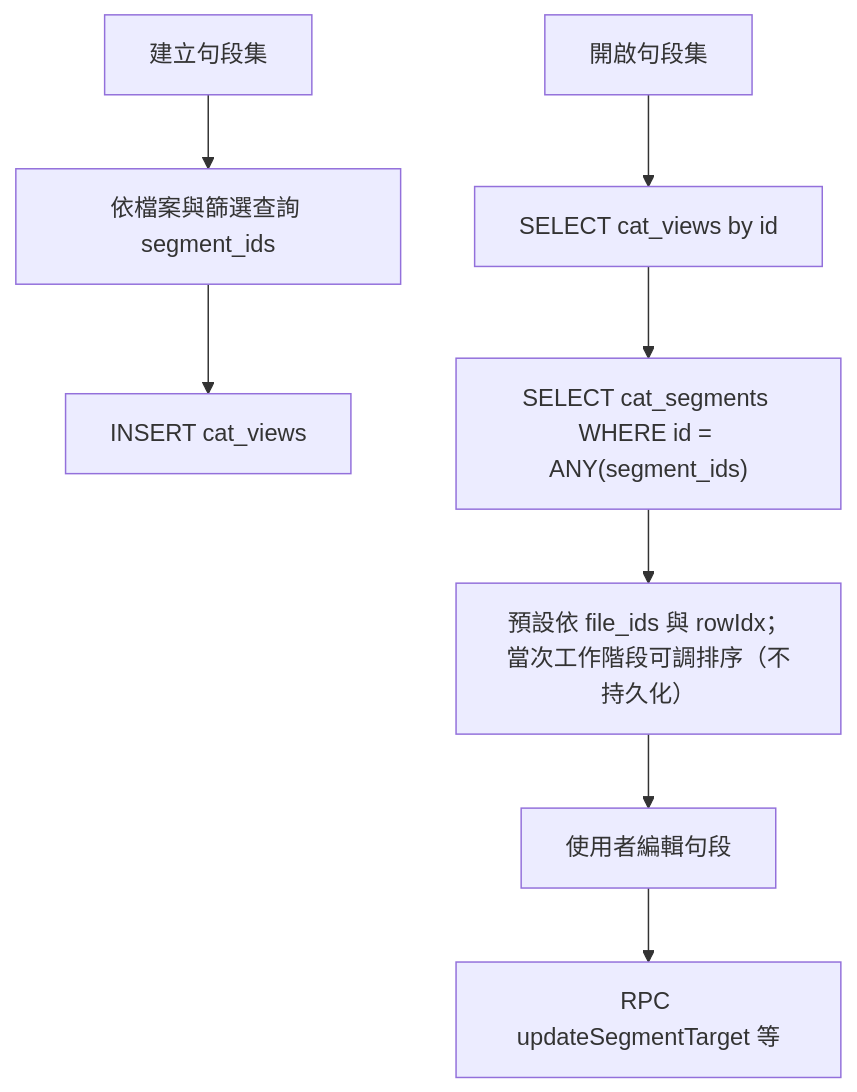
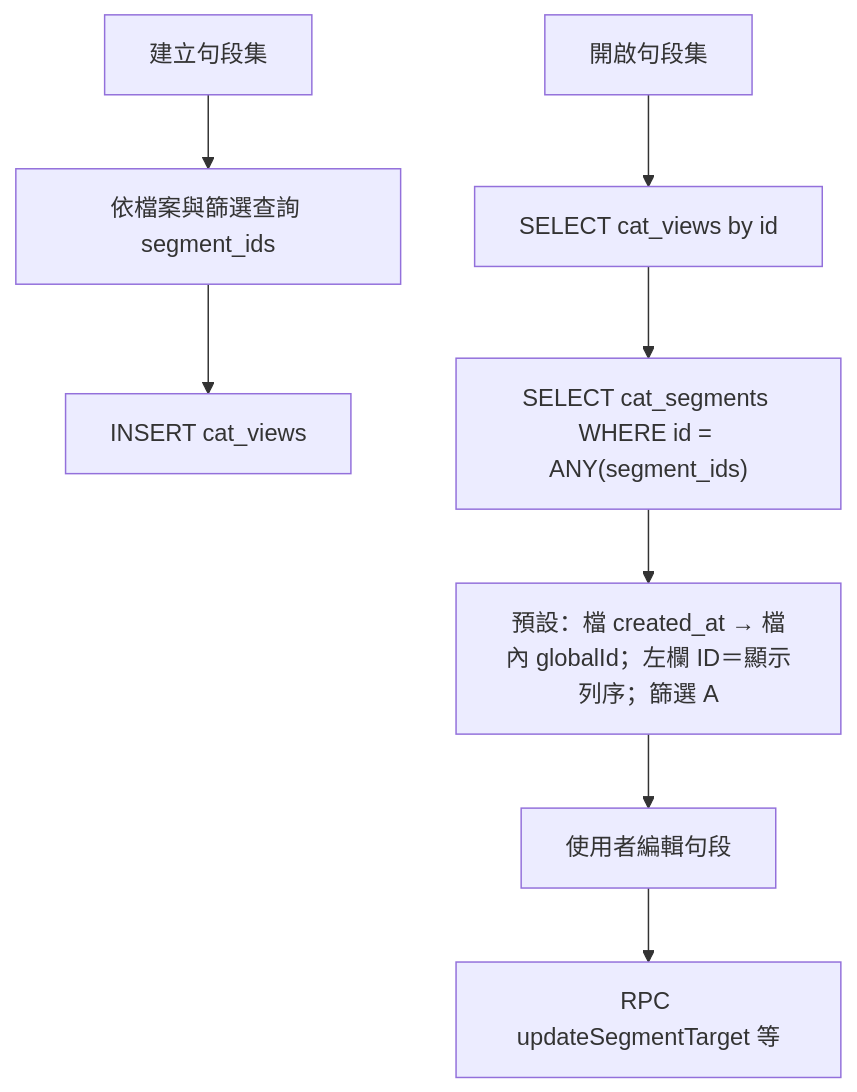
One commit to kratoswrathful-wy/talk-hanzi-joy changed the first of 2 diagrams in docs/CAT_VIEW_SPEC.md. Above: the diagram before and after it, drawn with Mermaid. The commit also changed other lines of this file and 7 other files, not shown here.

````diff
--- a/docs/CAT_VIEW_SPEC.md
+++ b/docs/CAT_VIEW_SPEC.md
@@ -193,12 +195,12 @@
 ```mermaid
 flowchart TD
   createFlow["建立句段集"]
   createFlow --> querySegs["依檔案與篩選查詢 segment_ids"]
   querySegs --> insertView["INSERT cat_views"]
   openFlow["開啟句段集"]
   openFlow --> getView["SELECT cat_views by id"]
   getView --> loadSegs["SELECT cat_segments WHERE id = ANY(segment_ids)"]
-  loadSegs --> sortUi["預設依 file_ids 與 rowIdx；當次工作階段可調排序（不持久化）"]
+  loadSegs --> sortUi["預設：檔 created_at → 檔內 globalId；左欄 ID＝顯示列序；篩選 A"]
   sortUi --> edit["使用者編輯句段"]
   edit --> rpcUpdate["RPC updateSegmentTarget 等"]
 ```
````
